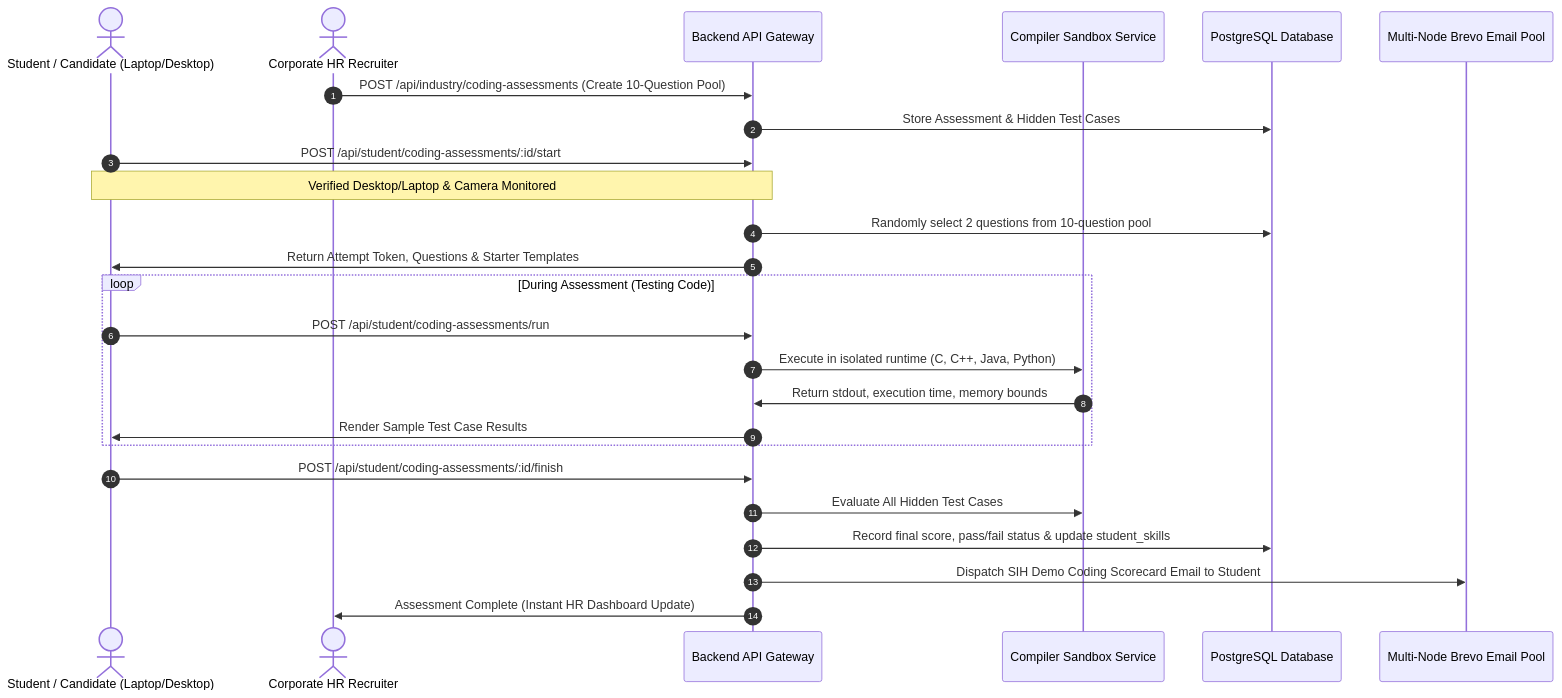
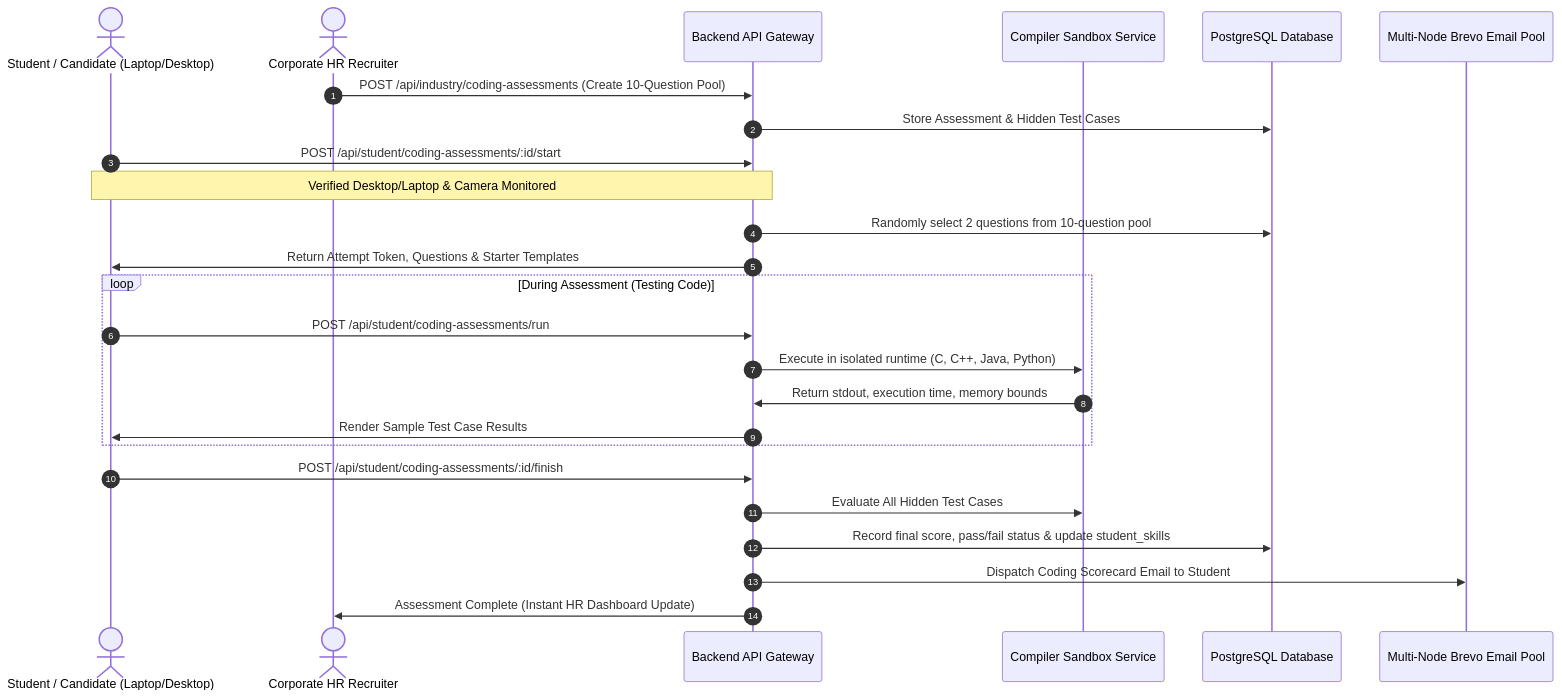
One commit to Tharun4743/taskmanager changed the seventh of 10 diagrams in README.md. Above: the diagram before and after it, drawn with Mermaid. The commit also changed other lines of this file and 14 other files, not shown here.

Commit message:
fix(coding-sandbox): integrate Judge0 compiler on Vercel, clean basic Scanner template, white theme, remove SIH branding

````diff
--- a/README.md
+++ b/README.md
@@ -493,31 +493,31 @@
 ```mermaid
 sequenceDiagram
     autonumber
     actor Candidate as Student / Candidate (Laptop/Desktop)
     actor HR as Corporate HR Recruiter
     participant Server as Backend API Gateway
     participant Sandbox as Compiler Sandbox Service
     participant DB as PostgreSQL Database
     participant Email as Multi-Node Brevo Email Pool
 
     HR->>Server: POST /api/industry/coding-assessments (Create 10-Question Pool)
     Server->>DB: Store Assessment & Hidden Test Cases
     
     Candidate->>Server: POST /api/student/coding-assessments/:id/start
     Note over Candidate,Server: Verified Desktop/Laptop & Camera Monitored
     Server->>DB: Randomly select 2 questions from 10-question pool
     Server->>Candidate: Return Attempt Token, Questions & Starter Templates
     
     loop During Assessment (Testing Code)
         Candidate->>Server: POST /api/student/coding-assessments/run
         Server->>Sandbox: Execute in isolated runtime (C, C++, Java, Python)
         Sandbox->>Server: Return stdout, execution time, memory bounds
         Server->>Candidate: Render Sample Test Case Results
     end
     
     Candidate->>Server: POST /api/student/coding-assessments/:id/finish
     Server->>Sandbox: Evaluate All Hidden Test Cases
     Server->>DB: Record final score, pass/fail status & update student_skills
-    Server->>Email: Dispatch SIH Demo Coding Scorecard Email to Student
+    Server->>Email: Dispatch Coding Scorecard Email to Student
     Server->>HR: Assessment Complete (Instant HR Dashboard Update)
 ```
````
